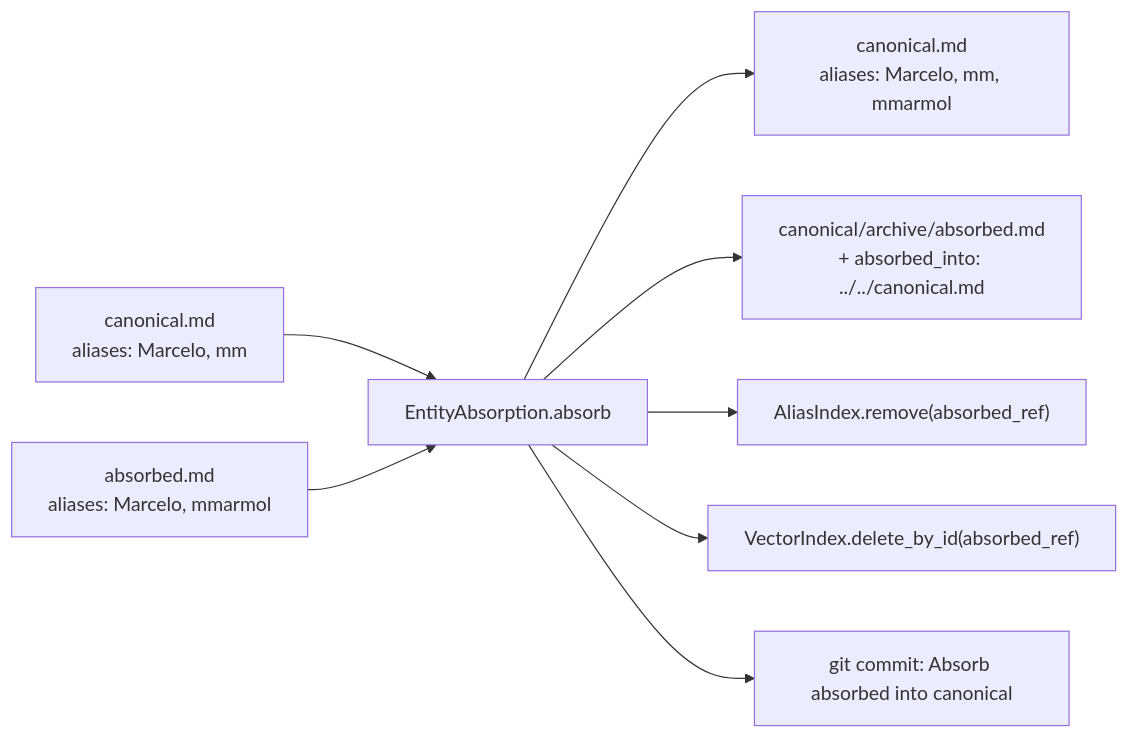
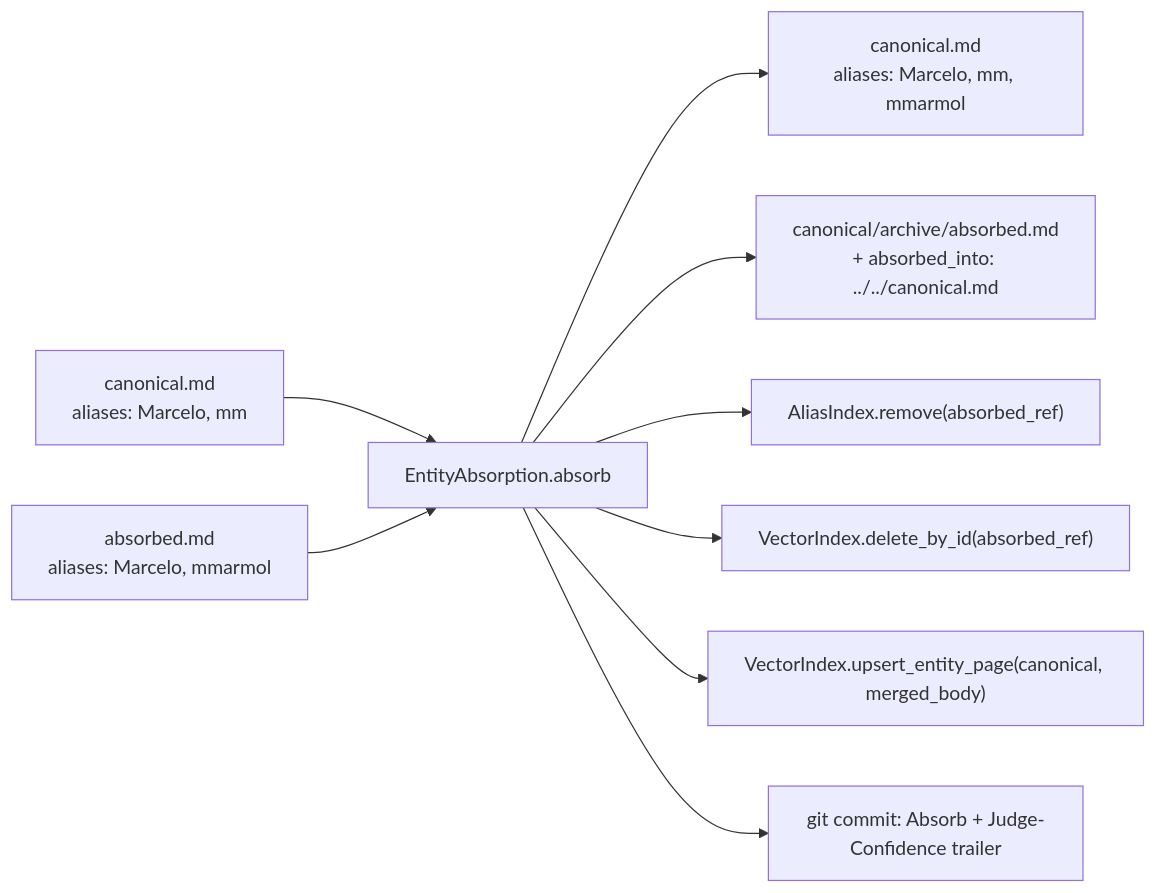
Before and after one commit to mmarmol/durin: the fourth of 5 diagrams in docs/arch/memory.md, drawn with Mermaid. The commit also changed other lines of this file and 16 other files, not shown here.

````diff
--- a/docs/arch/memory.md
+++ b/docs/arch/memory.md
@@ -361,10 +361,11 @@
 ```mermaid
 flowchart LR
     A["canonical.md<br/>aliases: Marcelo, mm"] --> M["EntityAbsorption.absorb"]
     B["absorbed.md<br/>aliases: Marcelo, mmarmol"] --> M
     M --> C["canonical.md<br/>aliases: Marcelo, mm, mmarmol"]
     M --> D["canonical/archive/absorbed.md<br/>+ absorbed_into: ../../canonical.md"]
     M --> E["AliasIndex.remove(absorbed_ref)"]
     M --> F["VectorIndex.delete_by_id(absorbed_ref)"]
-    M --> G["git commit: Absorb absorbed into canonical"]
+    M --> F2["VectorIndex.upsert_entity_page(canonical, merged_body)"]
+    M --> G["git commit: Absorb + Judge-Confidence trailer"]
 ```
````
